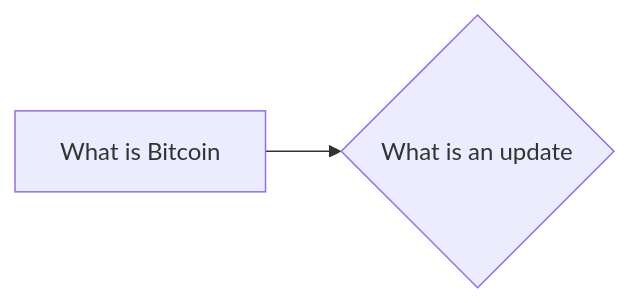
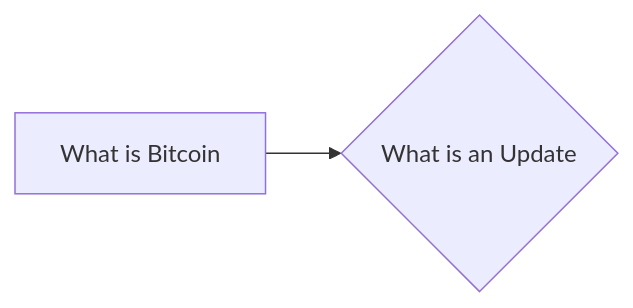
One commit to lpurdy01/crypto-knowledge-map changed the diagram in notes/What_is_an_Update.md. Above: the diagram before and after it, drawn with Mermaid. The commit also changed 50 other files, not shown here.

````diff
--- a/notes/What_is_an_Update.md
+++ b/notes/What_is_an_Update.md
@@ -6,4 +6,4 @@
 ```mermaid
 graph LR
-1["What is Bitcoin"]-->0{"What is an update"}
+1["What is Bitcoin"]-->0{"What is an Update"}
 ```
````
